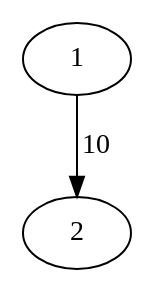
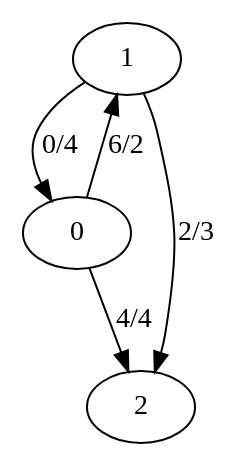
Before and after one commit to AdrienCordero/ocaml-maxflow-project: the diagram in g3.dot, drawn with Graphviz. The commit also changed 3 other files, not shown here.

```diff
--- a/g3.dot
+++ b/g3.dot
@@ -1,1 +1,1 @@
-digraph finite_state_machine {1 -> 2[label="10"];}
+digraph finite_state_machine {1 -> 0[label="0/4"];1 -> 2[label="2/3"];0 -> 2[label="4/4"];0 -> 1[label="6/2"];}
```
